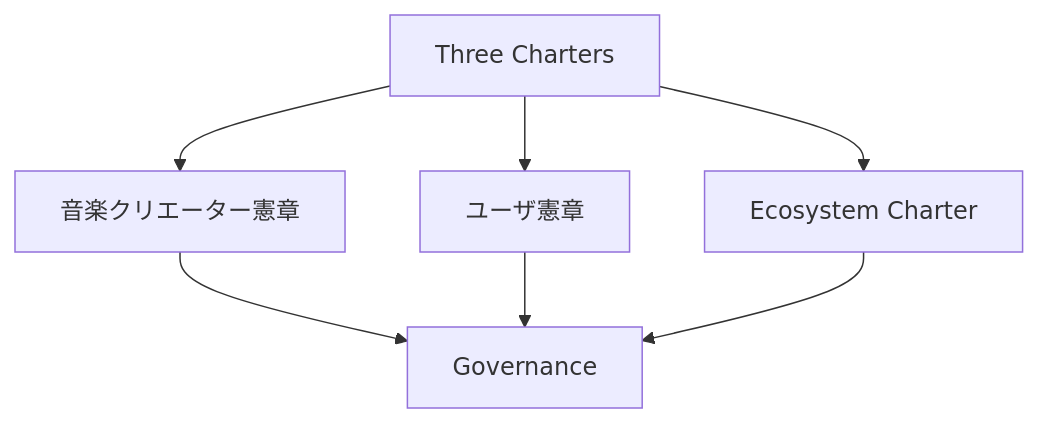
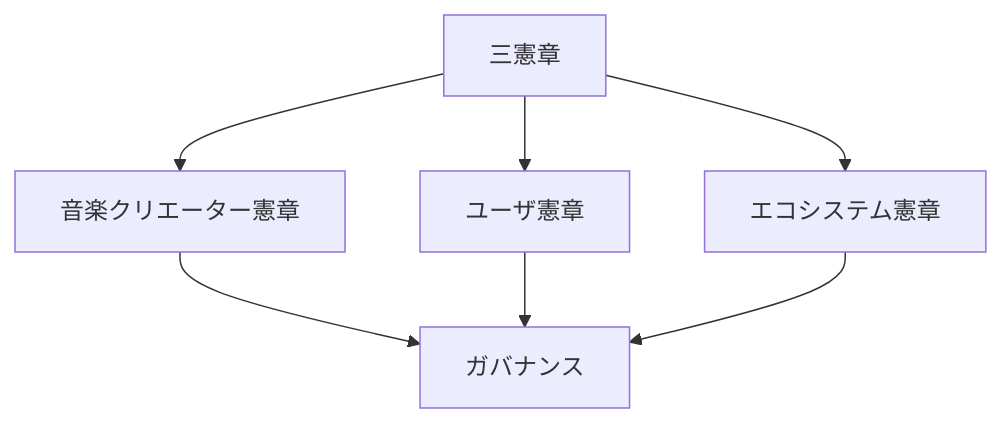
Diagram 11 of 17 in docs/whitepaper/01-vision.md (ShigeichiroYamasaki/creator-first-platform), drawn with Mermaid before and after one commit. The commit also changed other lines of this file and 72 other files, not shown here.

````diff
--- a/docs/whitepaper/01-vision.md
+++ b/docs/whitepaper/01-vision.md
@@ -301,12 +301,12 @@
 ```mermaid
 flowchart TD
-    CONST[Three Charters]
+    CONST[三憲章]
 
     CONST --> CC[音楽クリエーター憲章]
     CONST --> UC[ユーザ憲章]
-    CONST --> EC[Ecosystem Charter]
+    CONST --> EC[エコシステム憲章]
 
-    CC --> GOV[Governance]
+    CC --> GOV[ガバナンス]
     UC --> GOV
     EC --> GOV
 ```
````
